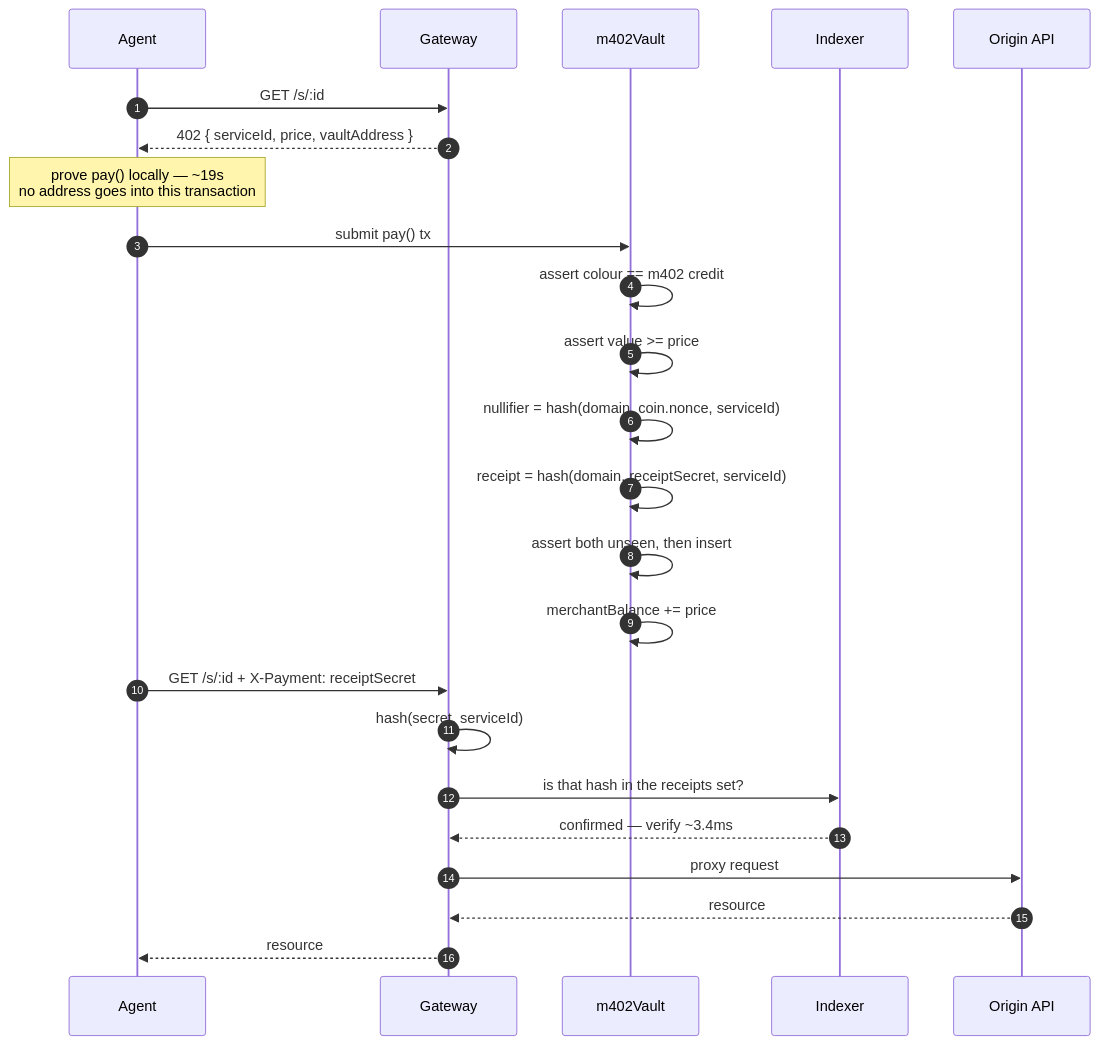
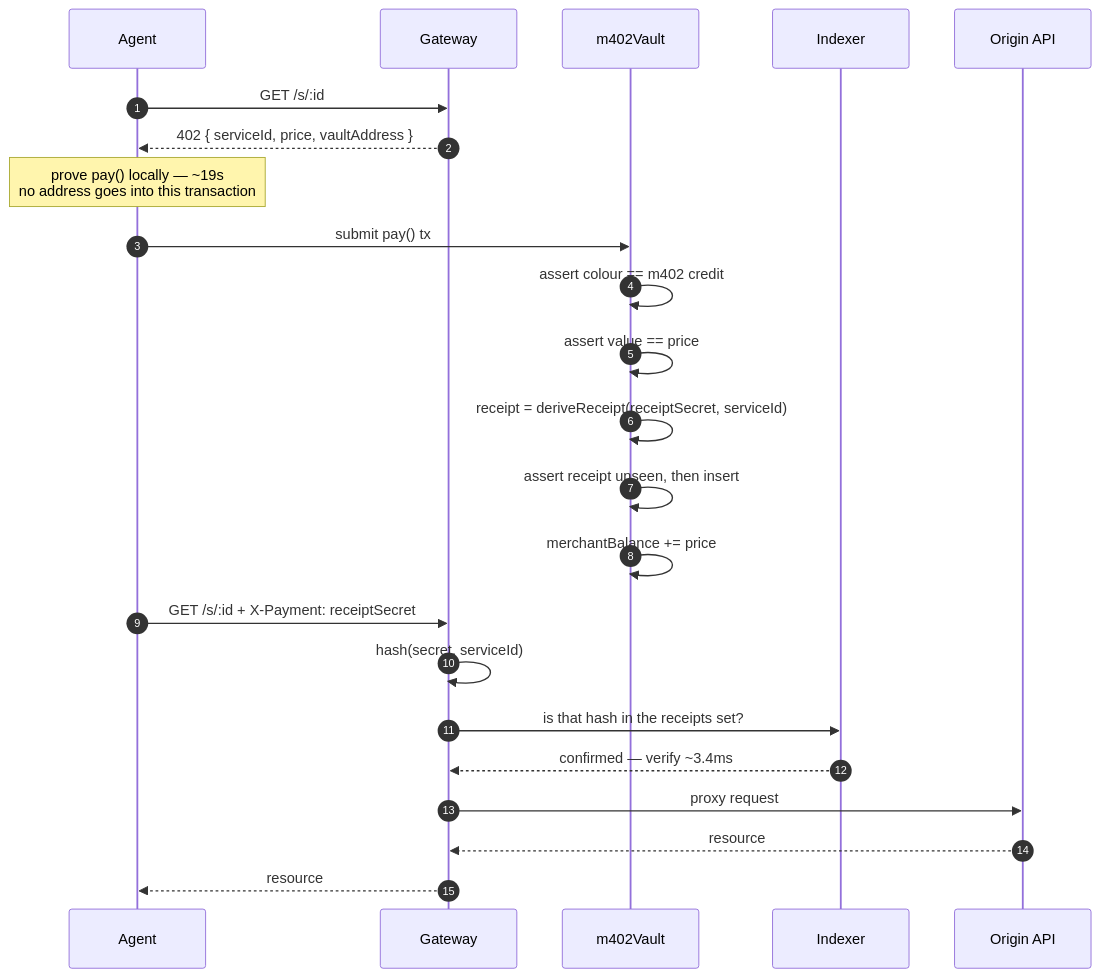
The fourth of 9 diagrams in docs/architecture/payment-flow.md (julianariel/m402), drawn with Mermaid before and after one commit. The commit also changed other lines of this file and 5 other files, not shown here.

````diff
--- a/docs/architecture/payment-flow.md
+++ b/docs/architecture/payment-flow.md
@@ -88,29 +88,28 @@
 ```mermaid
 sequenceDiagram
     autonumber
     participant A as Agent
     participant G as Gateway
     participant V as m402Vault
     participant I as Indexer
     participant O as Origin API
 
     A->>G: GET /s/:id
     G-->>A: 402 { serviceId, price, vaultAddress }
 
     Note over A: prove pay() locally — ~19s<br/>no address goes into this transaction
     A->>V: submit pay() tx
     V->>V: assert colour == m402 credit
-    V->>V: assert value >= price
-    V->>V: nullifier = hash(domain, coin.nonce, serviceId)
-    V->>V: receipt = hash(domain, receiptSecret, serviceId)
-    V->>V: assert both unseen, then insert
+    V->>V: assert value == price
+    V->>V: receipt = deriveReceipt(receiptSecret, serviceId)
+    V->>V: assert receipt unseen, then insert
     V->>V: merchantBalance += price
 
     A->>G: GET /s/:id + X-Payment: receiptSecret
     G->>G: hash(secret, serviceId)
     G->>I: is that hash in the receipts set?
     I-->>G: confirmed — verify ~3.4ms
     G->>O: proxy request
     O-->>G: resource
     G-->>A: resource
 ```
````
